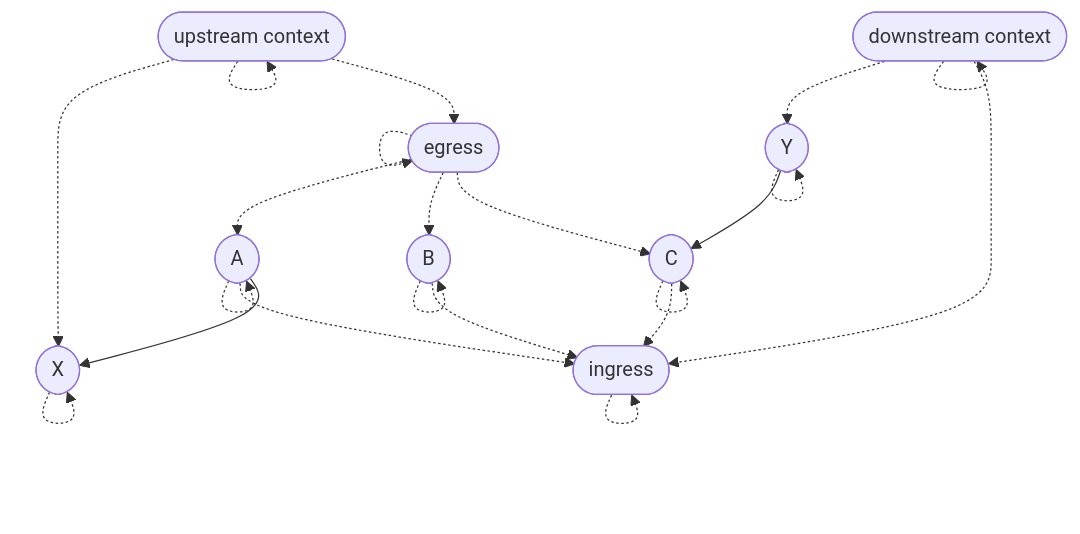
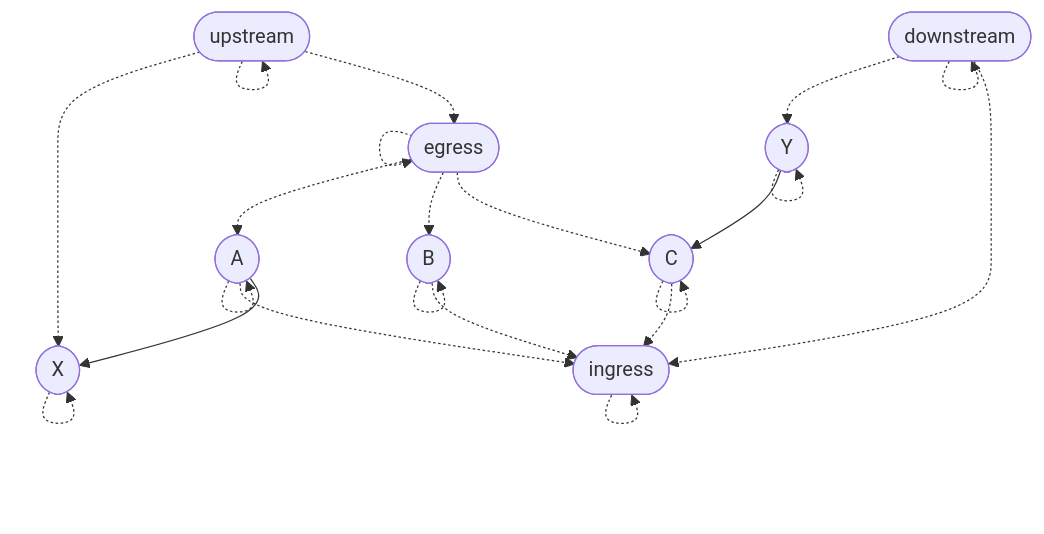
Diagram 12 of 13 in proofs/AdmissibilityGraph/README.md (stepchowfun/proofs), drawn with Mermaid before and after one commit. The commit also changed other lines of this file and 3 other files, not shown here.

Commit message:
Wordsmith the admissibility graph README

````diff
--- a/proofs/AdmissibilityGraph/README.md
+++ b/proofs/AdmissibilityGraph/README.md
@@ -278,35 +296,35 @@
 ```mermaid
 flowchart TD
-  up([upstream context])
-  down([downstream context])
+  up([upstream])
+  down([downstream])
   e([egress])
   y([Y])
   a([A])
   b([B])
   c([C])
   x([X])
   i([ingress])
 
   up -.-> up
   down -.-> down
   e -.-> e
   y -.-> y
   a -.-> a
   b -.-> b
   c -.-> c
   x -.-> x
   i -.-> i
 
   up -.-> x
   up -.-> e
   down -.-> y
   down -.-> i
   e -.-> a
   e -.-> b
   e -.-> c
   a -.-> i
   b -.-> i
   c -.-> i
   a --> x
   y --> c
 ```
````
